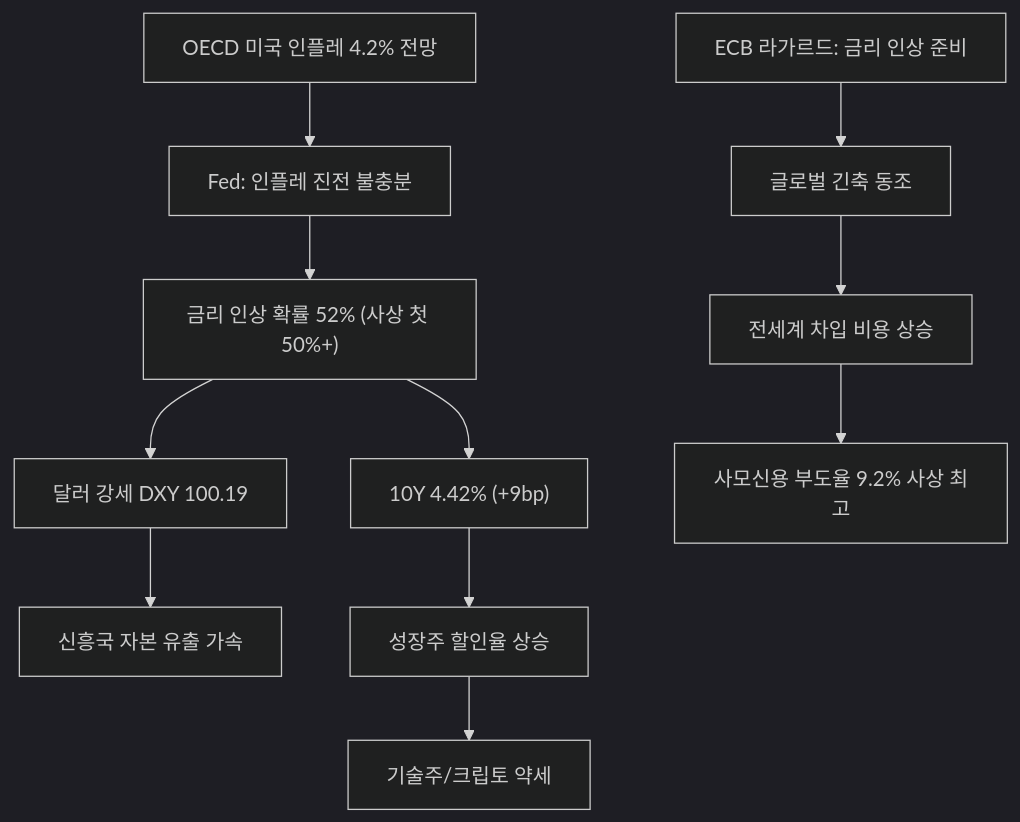
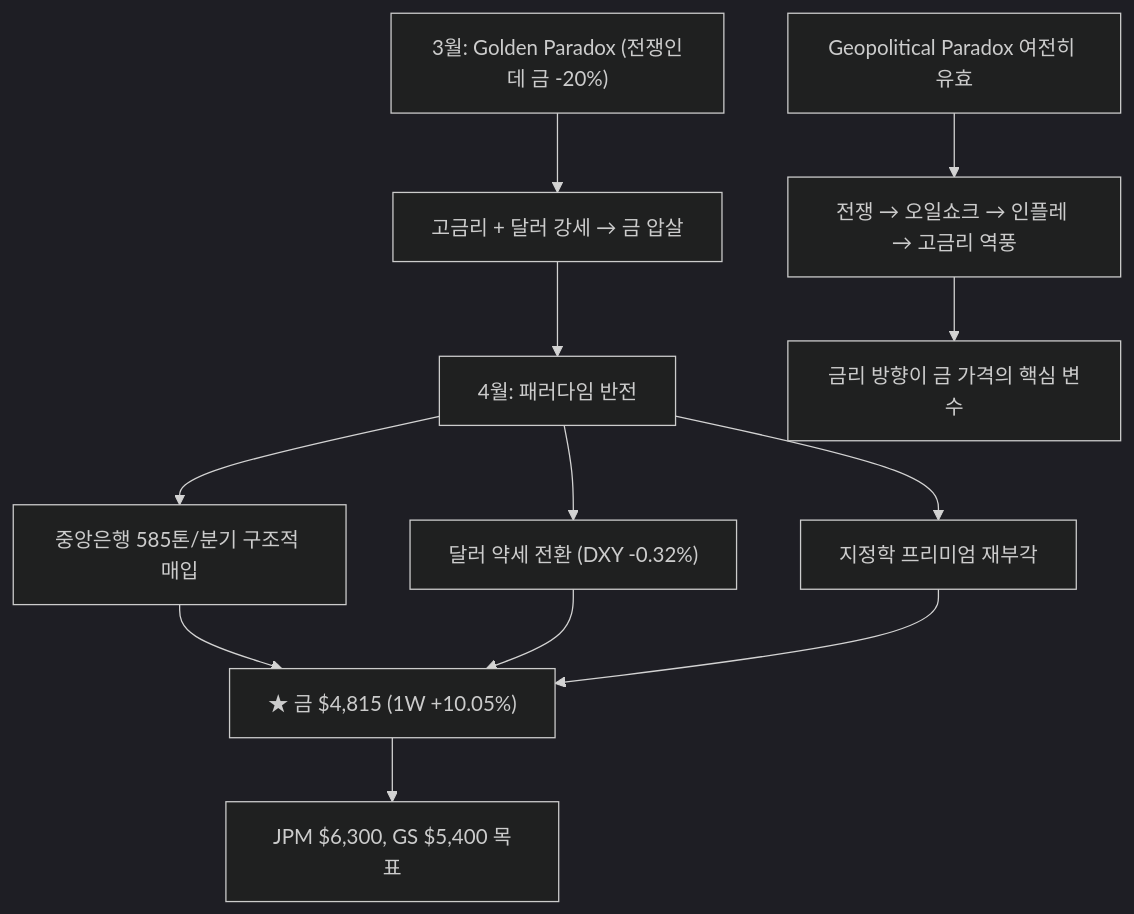
One commit to dss99911/dss99911.github.io changed the second of 9 diagrams in _posts/knowledge/invest/2026-01-12-macroeconomic-policy-sector-outlook-2026.md. Above: the diagram before and after it, drawn with Mermaid (dark theme). The commit also changed other lines of this file and 3 other files, not shown here.

````diff
--- a/_posts/knowledge/invest/2026-01-12-macroeconomic-policy-sector-outlook-2026.md
+++ b/_posts/knowledge/invest/2026-01-12-macroeconomic-policy-sector-outlook-2026.md
@@ -116,13 +98,14 @@
 ```mermaid
 graph TD
-    A["OECD 미국 인플레 4.2% 전망"] --> B["Fed: 인플레 진전 불충분"]
-    B --> C["금리 인상 확률 52% #40;사상 첫 50%+#41;"]
-    C --> D["달러 강세 DXY 100.19"]
-    D --> E["신흥국 자본 유출 가속"]
-    F["ECB 라가르드: 금리 인상 준비"] --> G["글로벌 긴축 동조"]
-    G --> H["전세계 차입 비용 상승"]
-    H --> I["사모신용 부도율 9.2% 사상 최고"]
-    C --> J["10Y 4.42% #40;+9bp#41;"]
-    J --> K["성장주 할인율 상승"]
-    K --> L["기술주/크립토 약세"]
+    A["3월: Golden Paradox #40;전쟁인데 금 -20%#41;"] --> B["고금리 + 달러 강세 → 금 압살"]
+    B --> C["4월: 패러다임 반전"]
+    C --> D["중앙은행 585톤/분기 구조적 매입"]
+    C --> E["달러 약세 전환 #40;DXY -0.32%#41;"]
+    C --> F["지정학 프리미엄 재부각"]
+    D --> G["★ 금 $4,815 #40;1W +10.05%#41;"]
+    E --> G
+    F --> G
+    G --> H["JPM $6,300, GS $5,400 목표"]
+    I["Geopolitical Paradox 여전히 유효"] --> J["전쟁 → 오일쇼크 → 인플레 → 고금리 역풍"]
+    J --> K["금리 방향이 금 가격의 핵심 변수"]
 ```
````
